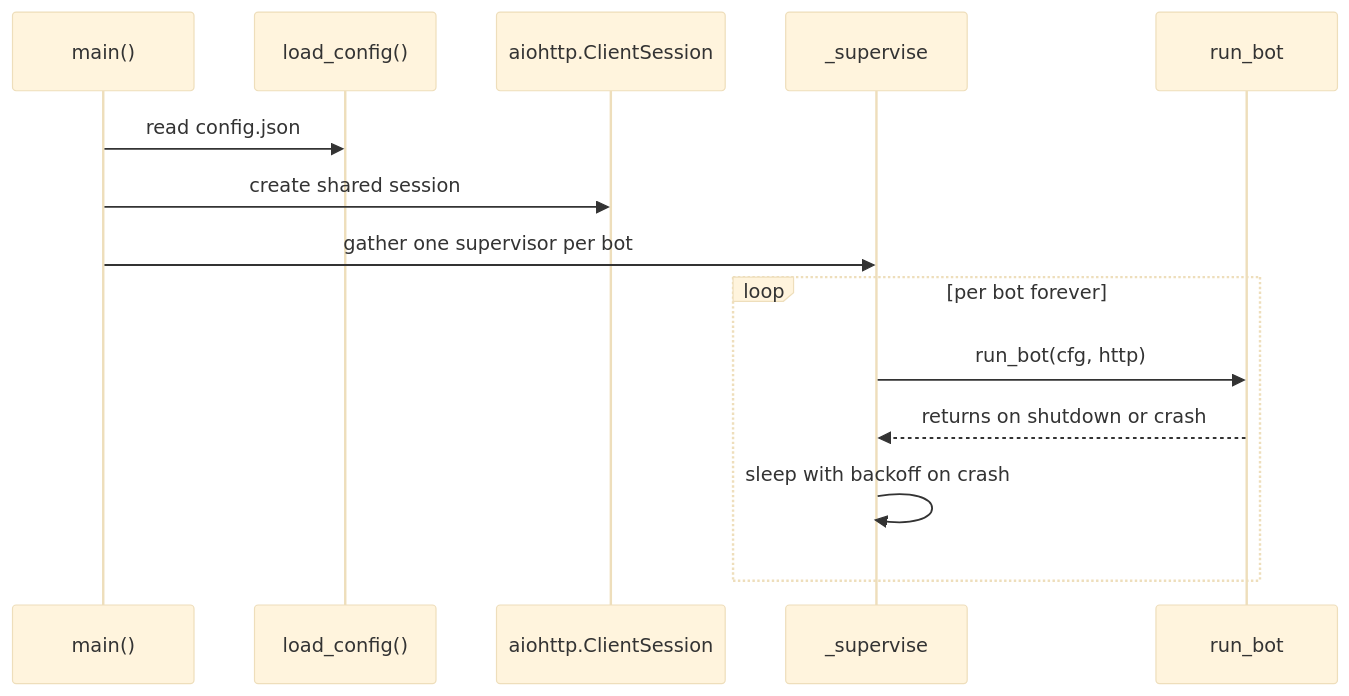
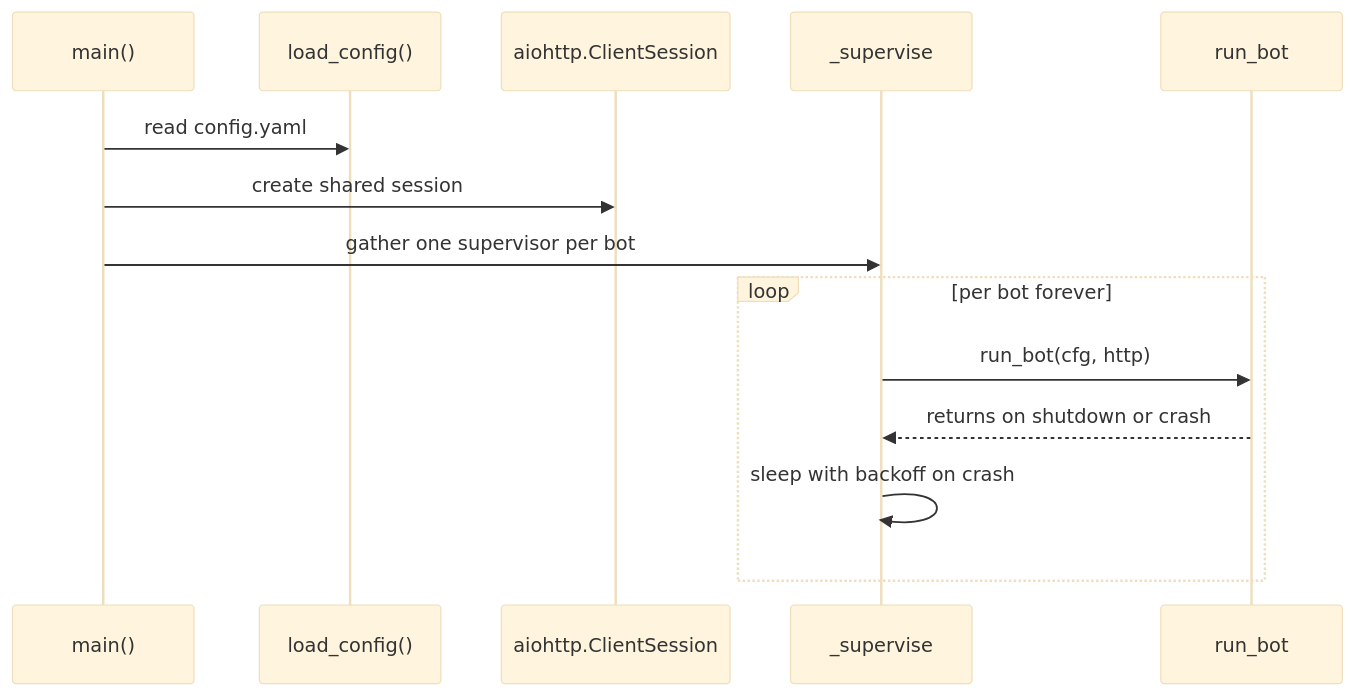
The second of 3 diagrams in docs/ARCHITECTURE.md (meniam/agent-bot-for-telegram), drawn with Mermaid (base theme) before and after one commit. The commit also changed other lines of this file and 35 other files, not shown here.

````diff
--- a/docs/ARCHITECTURE.md
+++ b/docs/ARCHITECTURE.md
@@ -83,17 +89,17 @@
 ```mermaid
 sequenceDiagram
     participant Main as main()
     participant Config as load_config()
     participant HTTP as aiohttp.ClientSession
     participant S as _supervise
     participant Bot as run_bot
 
-    Main->>Config: read config.json
+    Main->>Config: read config.yaml
     Main->>HTTP: create shared session
     Main->>S: gather one supervisor per bot
     loop per bot forever
         S->>Bot: run_bot(cfg, http)
         Bot-->>S: returns on shutdown or crash
         S->>S: sleep with backoff on crash
     end
 ```
````
